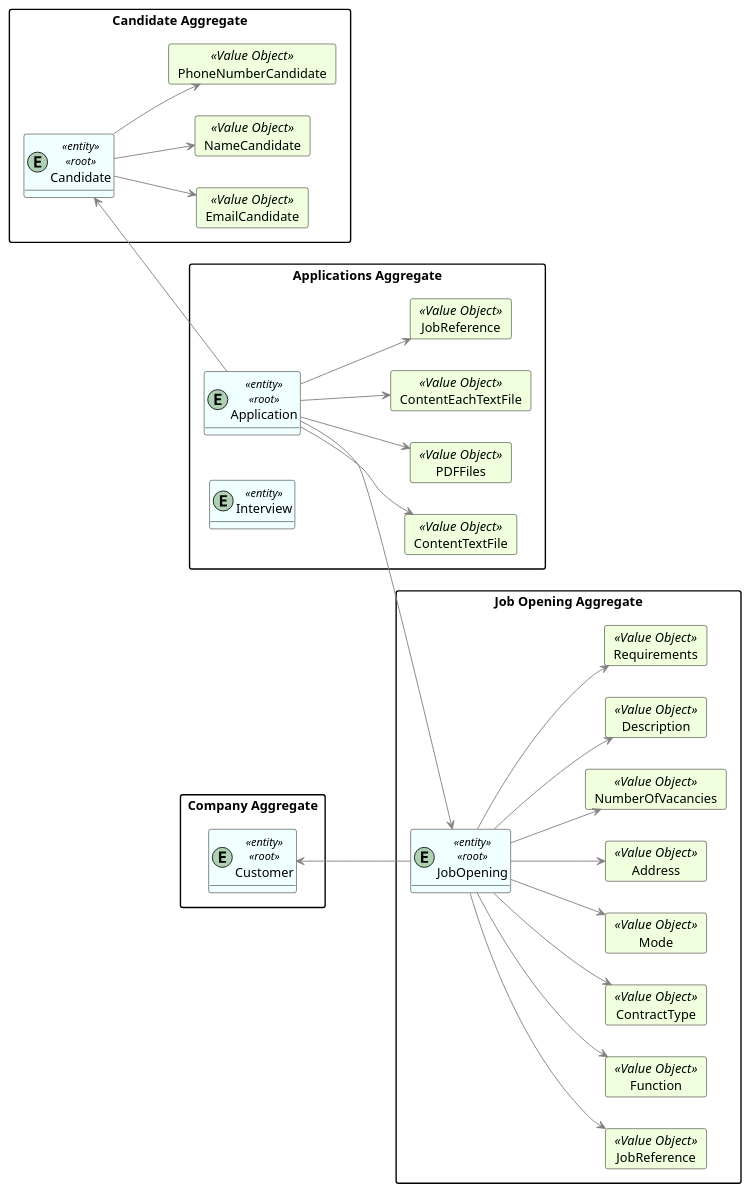
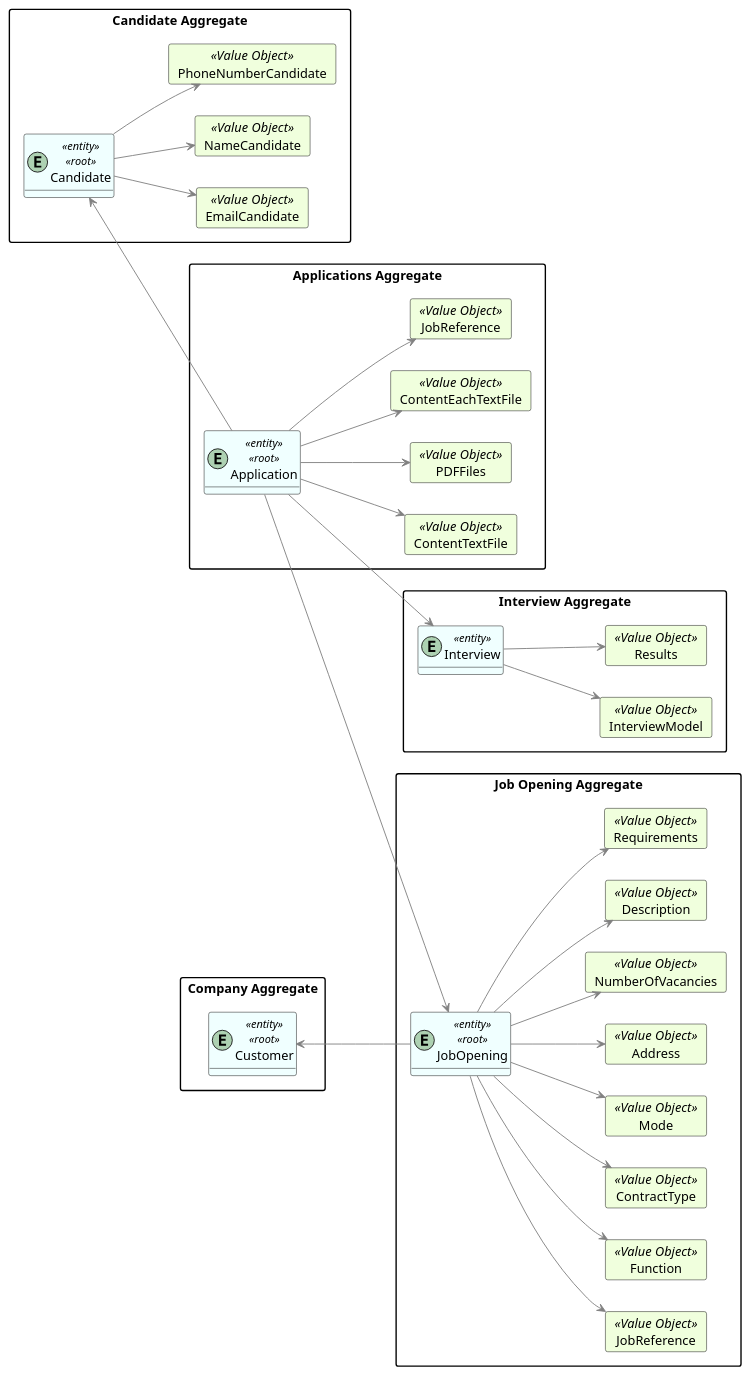
Before and after one commit to MiguelCardoso77/LAPR4: the diagram in docs/SprintA/G006/domain_model.puml, drawn with PlantUML.

Commit message:
#6 Domain model - interview agreggate

```diff
--- a/docs/SprintA/G006/domain_model.puml
+++ b/docs/SprintA/G006/domain_model.puml
@@ -1,105 +1,125 @@
 @startuml
 hide methods
 left to right direction
 
 skinparam classAttributeIconSize 0
 
 skinparam class {
     LifeLineBorderColor DarkBlue
     LifeLineBackgroundColor APPLICATION
     BackgroundColor #F0FFFF
     ArrowColor grey
     BorderColor black
 }
 
 skinparam packageStyle rectangle
 
 skinparam card {
     LifeLineBorderColor Green
     LifeLineBackgroundColor APPLICATION
     BackgroundColor #F0FFDD
     ArrowColor DarkGrey
     BorderColor Black
 }
 
 package "Candidate Aggregate" {
     entity Candidate <<entity>><<root>>
         card EmailCandidate <<Value Object>> {
             }
         card NameCandidate <<Value Object>> {
             }
         card PhoneNumberCandidate <<Value Object>> {
             }
 'Candidate value objects
     Candidate --> EmailCandidate
     Candidate --> NameCandidate
     Candidate --> PhoneNumberCandidate
 }
 
 package "Company Aggregate" {
     entity Customer <<entity>><<root>>
 
+
+
 'Customer value objects
+
 
 }
 
 package "Applications Aggregate" {
     entity Application <<entity>><<root>>
 'Applications value objects
         card ContentTextFile <<Value Object>>{
             }
         card PDFFiles <<Value Object>>{
             }
         card ContentEachTextFile <<Value Object>> {
             }
         card JobReference <<Value Object>> {
             }
 
-    entity Interview <<entity>>
-'Interview value objects
 
 
 
     Application --> ContentTextFile
     Application --> PDFFiles
     Application --> ContentEachTextFile
     Application --> JobReference
 
 
+
+
+}
+
+package "Interview Aggregate"{
+
+    entity Interview <<entity>>
+'Interview value objects
+
+    card InterviewModel <<Value Object>> {
+    }
+
+    card Results <<Value Object>> {
+        }
+
+Interview --> InterviewModel
+Interview --> Results
 
 }
 package "Job Opening Aggregate" {
     entity JobOpening <<entity>><<root>>
 'Job Opening value objects
         card JobReference <<Value Object>> {
             }
         card Function <<Value Object>> {
             }
         card ContractType <<Value Object>> {
             }
         card Mode <<Value Object>> {
             }
         card Address <<Value Object>> {
             }
         card NumberOfVacancies <<Value Object>> {
             }
         card Description <<Value Object>> {
             }
         card Requirements <<Value Object>> {
             }
 
 
         JobOpening --> JobReference
         JobOpening --> Function
         JobOpening --> ContractType
         JobOpening --> Mode
         JobOpening --> Address
         JobOpening --> NumberOfVacancies
         JobOpening --> Description
         JobOpening --> Requirements
 }
 
 Candidate <-- Application
 Customer <-- JobOpening
 Application --> JobOpening
+Application --> Interview
+
 @enduml
```
